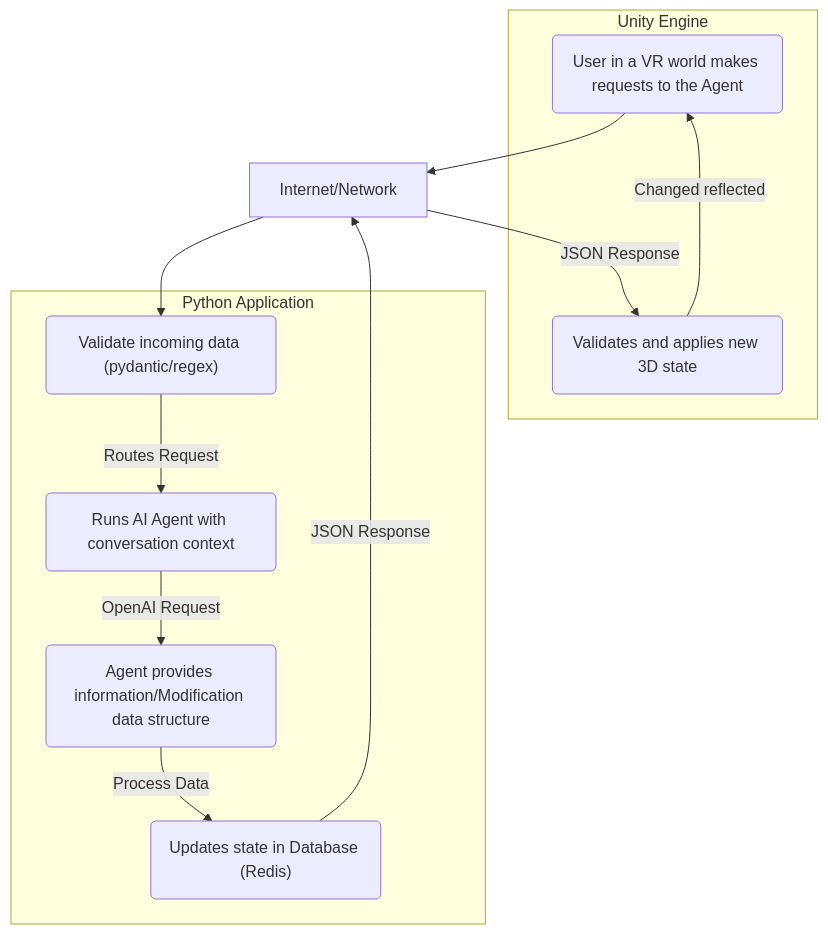
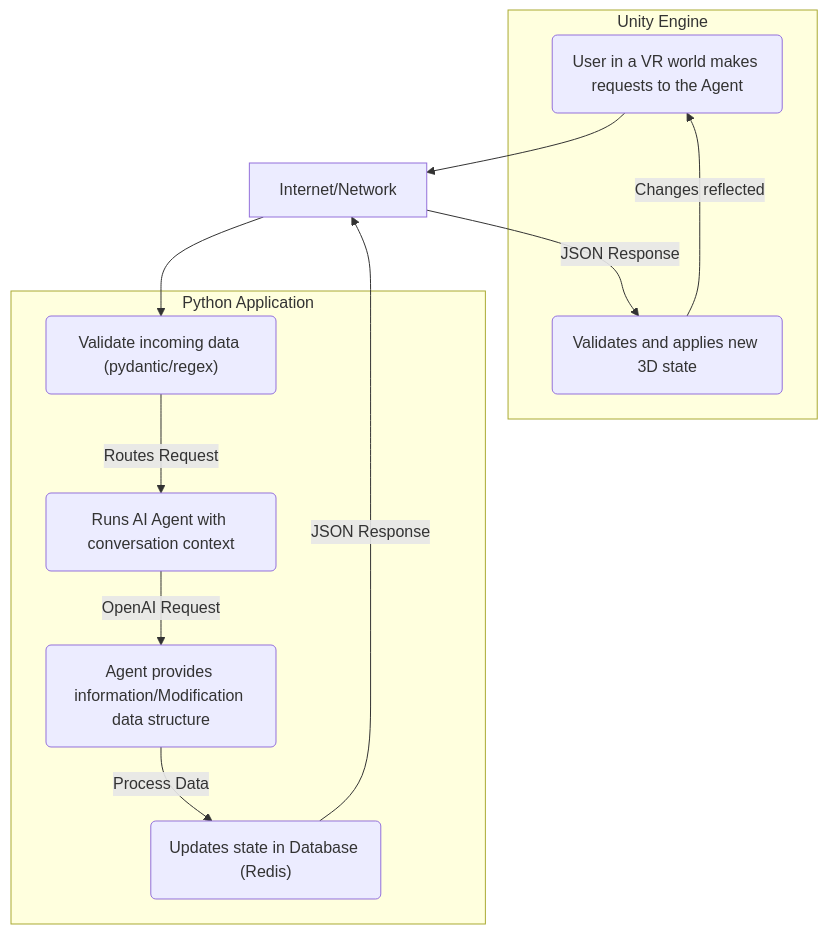
Before and after one commit to manuelftech/ai-vr-control: the diagram in README.md, drawn with Mermaid. The commit also changed other lines of this file, not shown here.

````diff
--- a/README.md
+++ b/README.md
@@ -18,23 +18,23 @@
 ```mermaid
 graph TD
     subgraph Unity Engine
         STATE_MANAGEMENT("User in a VR world makes requests to the Agent")
         UC_DD("Validates and applies new 3D state")
-        UC_DD -- Changed reflected --> STATE_MANAGEMENT
+        UC_DD -- Changes reflected --> STATE_MANAGEMENT
     end
 
     subgraph Python Application
         PB_F("Validate incoming data (pydantic/regex)")
         PB_F -- Routes Request --> PB_EP
         PB_EP("Runs AI Agent with conversation context")
         PB_EP -- OpenAI Request --> PB_S
         PB_S("Agent provides information/Modification data structure")
         PB_S -- Process Data --> REDIS
         REDIS("Updates state in Database (Redis)")
     end
 
     STATE_MANAGEMENT --> Internet/Network
     Internet/Network --> PB_F
     REDIS -- JSON Response --> Internet/Network
     Internet/Network -- JSON Response --> UC_DD
 ```
````
